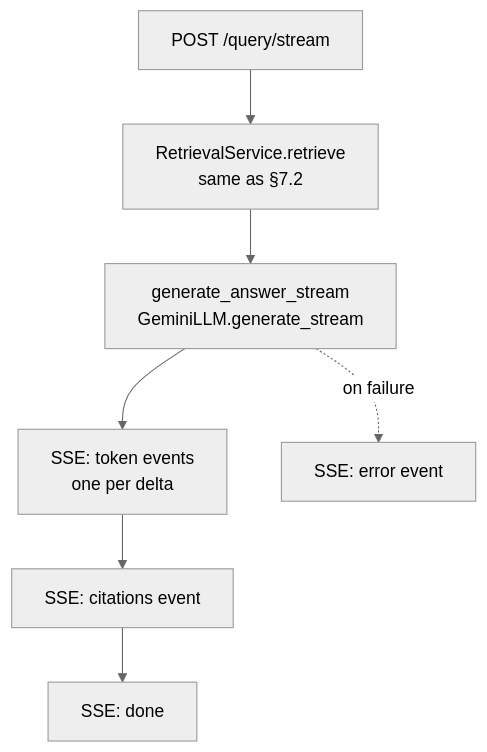
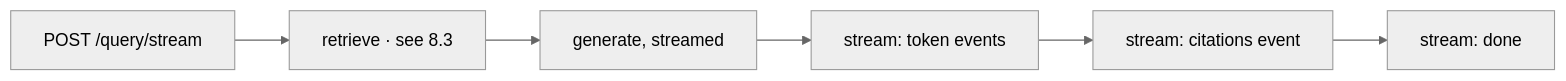
The seventh of 7 diagrams in README.md (RajatRajSharma/finQueryBackend), drawn with Mermaid (neutral theme) before and after one commit. The commit also changed other lines of this file and 33 other files, not shown here.

````diff
--- a/README.md
+++ b/README.md
@@ -423,9 +319,8 @@
 ```mermaid
-flowchart TD
-    A[POST /query/stream] --> B[RetrievalService.retrieve<br/>same as §7.2]
-    B --> G[generate_answer_stream<br/>GeminiLLM.generate_stream]
-    G --> T[SSE: token events<br/>one per delta]
-    T --> CI[SSE: citations event]
-    CI --> DN[SSE: done]
-    G -. on failure .-> ER[SSE: error event]
+flowchart LR
+    A[POST /query/stream] --> R[retrieve · see 8.3]
+    R --> G[generate, streamed]
+    G --> T[stream: token events]
+    T --> C[stream: citations event]
+    C --> D[stream: done]
 ```
````
